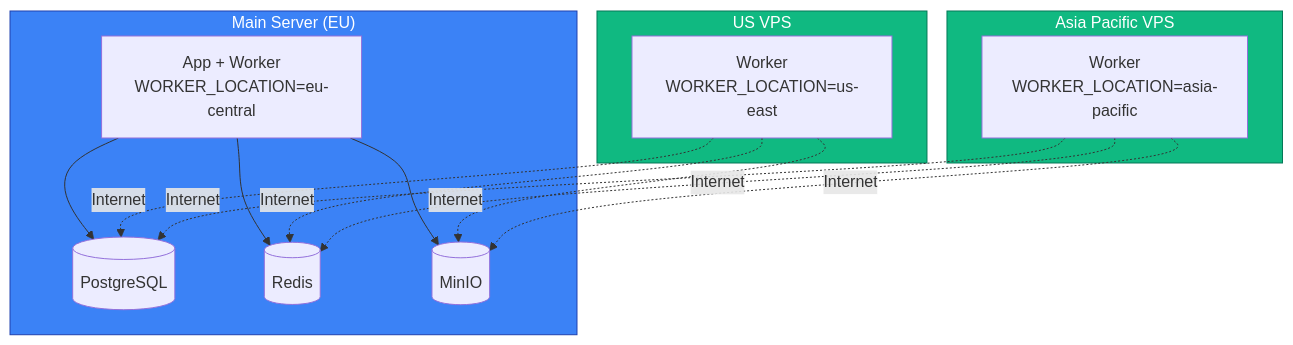
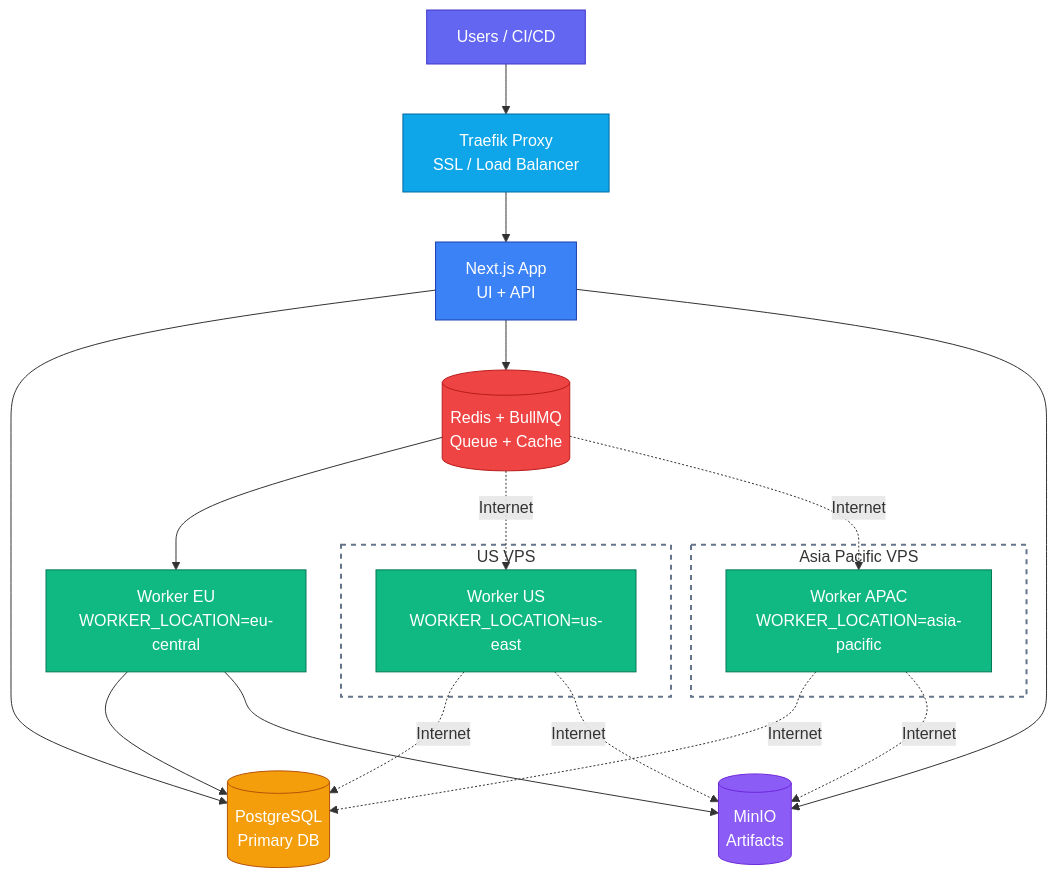
Before and after one commit to supercheck-io/supercheck: the diagram in docs/content/docs/deployment/multi-location.mdx, drawn with Mermaid. The commit also changed other lines of this file, not shown here.

Commit message:
refactor(docs): update multi-location deployment diagram, worker queue processing, and deployment steps structure.

````diff
--- a/docs/content/docs/deployment/multi-location.mdx
+++ b/docs/content/docs/deployment/multi-location.mdx
@@ -11,33 +11,44 @@
 ```mermaid
 flowchart TB
-    subgraph Main["Main Server (EU)"]
-        App[App + Worker<br/>WORKER_LOCATION=eu-central]
-        DB[(PostgreSQL)]
-        Redis[(Redis)]
-        S3[(MinIO)]
+    Users[Users / CI/CD] --> T[Traefik Proxy<br/>SSL / Load Balancer]
+    T --> App[Next.js App<br/>UI + API]
+    
+    App --> DB[(PostgreSQL<br/>Primary DB)]
+    App --> Redis[(Redis + BullMQ<br/>Queue + Cache)]
+    App --> S3[(MinIO<br/>Artifacts)]
+    
+    Redis --> W_EU[Worker EU<br/>WORKER_LOCATION=eu-central]
+    
+    subgraph US["US VPS"]
+        W_US[Worker US<br/>WORKER_LOCATION=us-east]
     end
-
-    subgraph US["US VPS"]
-        W_US[Worker<br/>WORKER_LOCATION=us-east]
+    
+    subgraph APAC["Asia Pacific VPS"]
+        W_APAC[Worker APAC<br/>WORKER_LOCATION=asia-pacific]
     end
-
-    subgraph APAC["Asia Pacific VPS"]
-        W_APAC[Worker<br/>WORKER_LOCATION=asia-pacific]
-    end
-
-    App --> DB
-    App --> Redis
-    App --> S3
-
-    W_US -.->|Internet| Redis
+    
+    Redis -.->|Internet| W_US
+    Redis -.->|Internet| W_APAC
+    
+    W_EU --> DB
+    W_EU --> S3
+    
     W_US -.->|Internet| DB
     W_US -.->|Internet| S3
-
-    W_APAC -.->|Internet| Redis
+    
     W_APAC -.->|Internet| DB
     W_APAC -.->|Internet| S3
 
-    style Main fill:#3b82f6,stroke:#1e40af,color:#fff
-    style US fill:#10b981,stroke:#047857,color:#fff
-    style APAC fill:#10b981,stroke:#047857,color:#fff
+    style Users fill:#6366f1,stroke:#4338ca,color:#fff
+    style T fill:#0ea5e9,stroke:#0369a1,color:#fff
+    style App fill:#3b82f6,stroke:#1e40af,color:#fff
+    style DB fill:#f59e0b,stroke:#b45309,color:#fff
+    style Redis fill:#ef4444,stroke:#b91c1c,color:#fff
+    style S3 fill:#8b5cf6,stroke:#6d28d9,color:#fff
+    style W_EU fill:#10b981,stroke:#047857,color:#fff
+    style W_US fill:#10b981,stroke:#047857,color:#fff
+    style W_APAC fill:#10b981,stroke:#047857,color:#fff
+    
+    style US fill:none,stroke:#64748b,stroke-width:2px,stroke-dasharray: 5 5
+    style APAC fill:none,stroke:#64748b,stroke-width:2px,stroke-dasharray: 5 5
 ```
````
